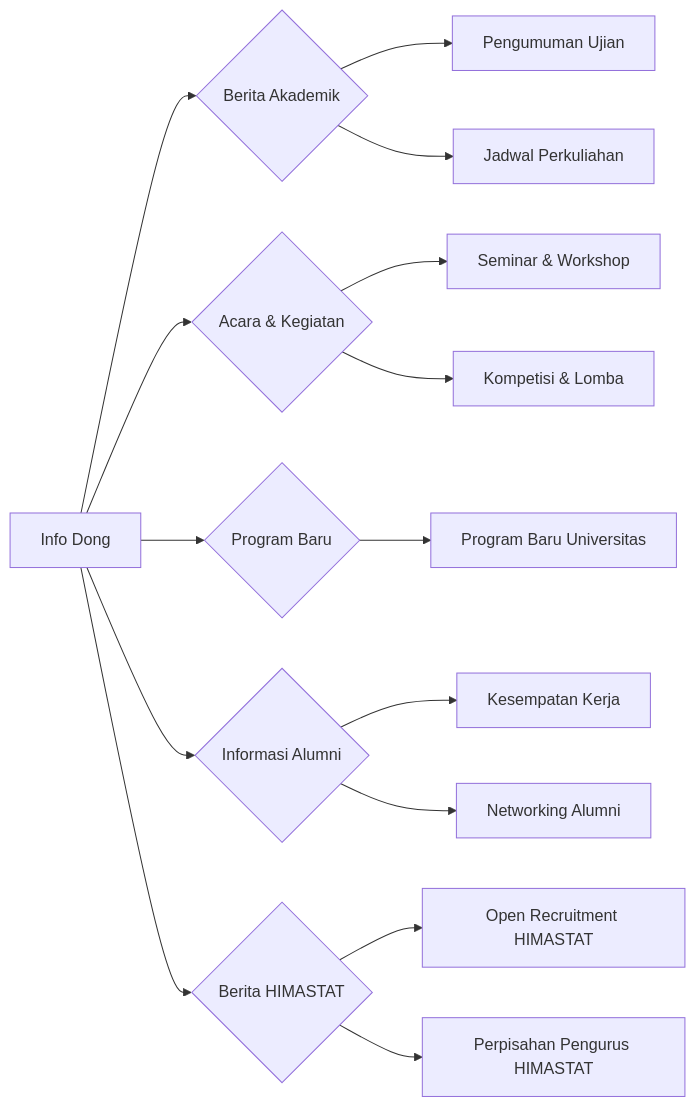
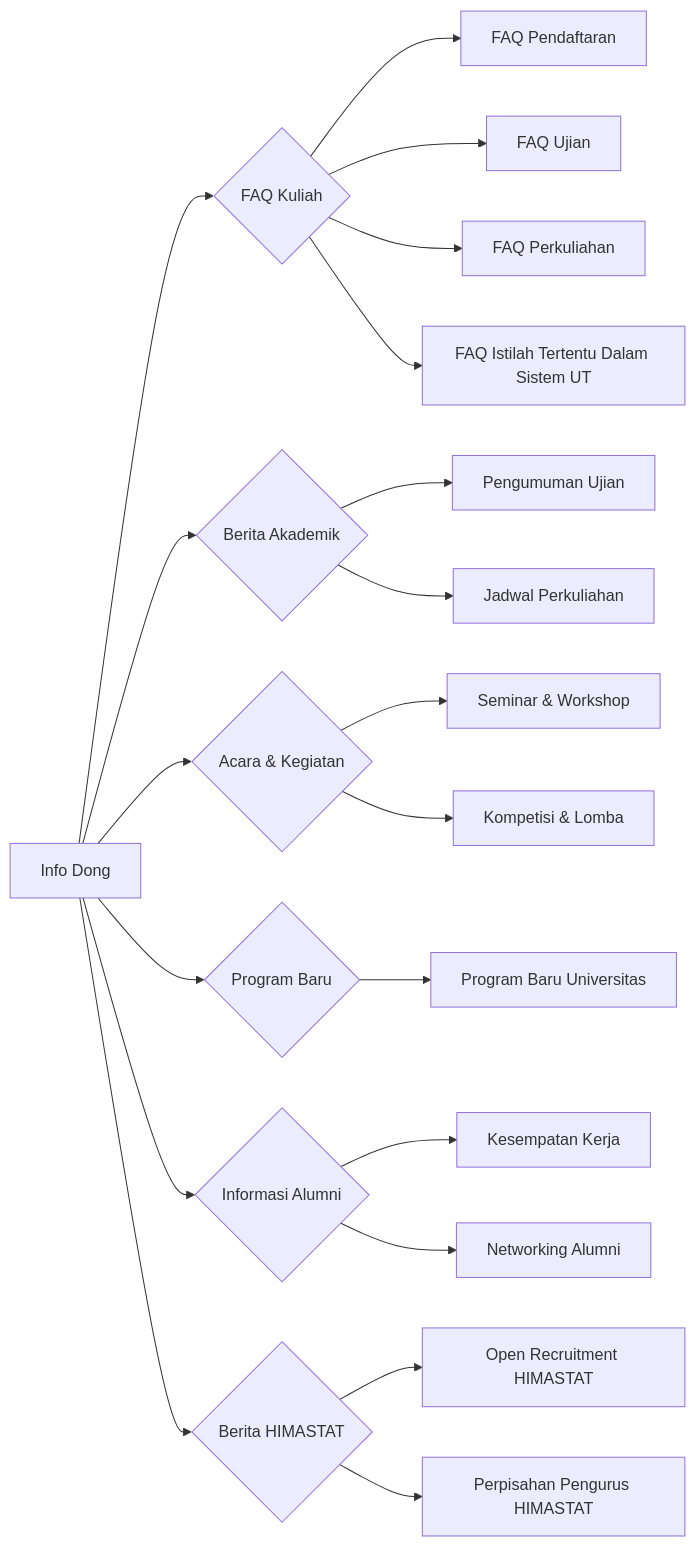
Before and after one commit to himastat-ut/himastatut_docs: the diagram in src/infodong/README.md, drawn with Mermaid. The commit also changed other lines of this file and 7 other files, not shown here.

````diff
--- a/src/infodong/README.md
+++ b/src/infodong/README.md
@@ -79,17 +84,22 @@
 ```mermaid
 graph LR
-    A[Info Dong] --> B{Berita Akademik}
-    A --> C{Acara & Kegiatan}
-    A --> D{Program Baru}
-    A --> E{Informasi Alumni}
-    A --> F{Berita HIMASTAT}
-    B --> F1[Pengumuman Ujian]
-    B --> F2[Jadwal Perkuliahan]
-    C --> F3[Seminar & Workshop]
-    C --> F4[Kompetisi & Lomba]
-    D --> F5[Program Baru Universitas]
-    E --> F6[Kesempatan Kerja]
-    E --> F7[Networking Alumni]
-    F --> F8[Open Recruitment HIMASTAT]
-    F --> F9[Perpisahan Pengurus HIMASTAT]
+    A[Info Dong] --> B{FAQ Kuliah}
+    A --> C{Berita Akademik}
+    A --> D{Acara & Kegiatan}
+    A --> E{Program Baru}
+    A --> F{Informasi Alumni}
+    A --> G{Berita HIMASTAT}
+    B --> F1[FAQ Pendaftaran]
+    B --> F2[FAQ Ujian]
+    B --> F3[FAQ Perkuliahan]
+    B --> F4[FAQ Istilah Tertentu Dalam Sistem UT]
+    C --> F5[Pengumuman Ujian]
+    C --> F6[Jadwal Perkuliahan]
+    D --> F7[Seminar & Workshop]
+    D --> F8[Kompetisi & Lomba]
+    E --> F9[Program Baru Universitas]
+    F --> F10[Kesempatan Kerja]
+    F --> F11[Networking Alumni]
+    G --> F12[Open Recruitment HIMASTAT]
+    G --> F13[Perpisahan Pengurus HIMASTAT]
 ```
````
